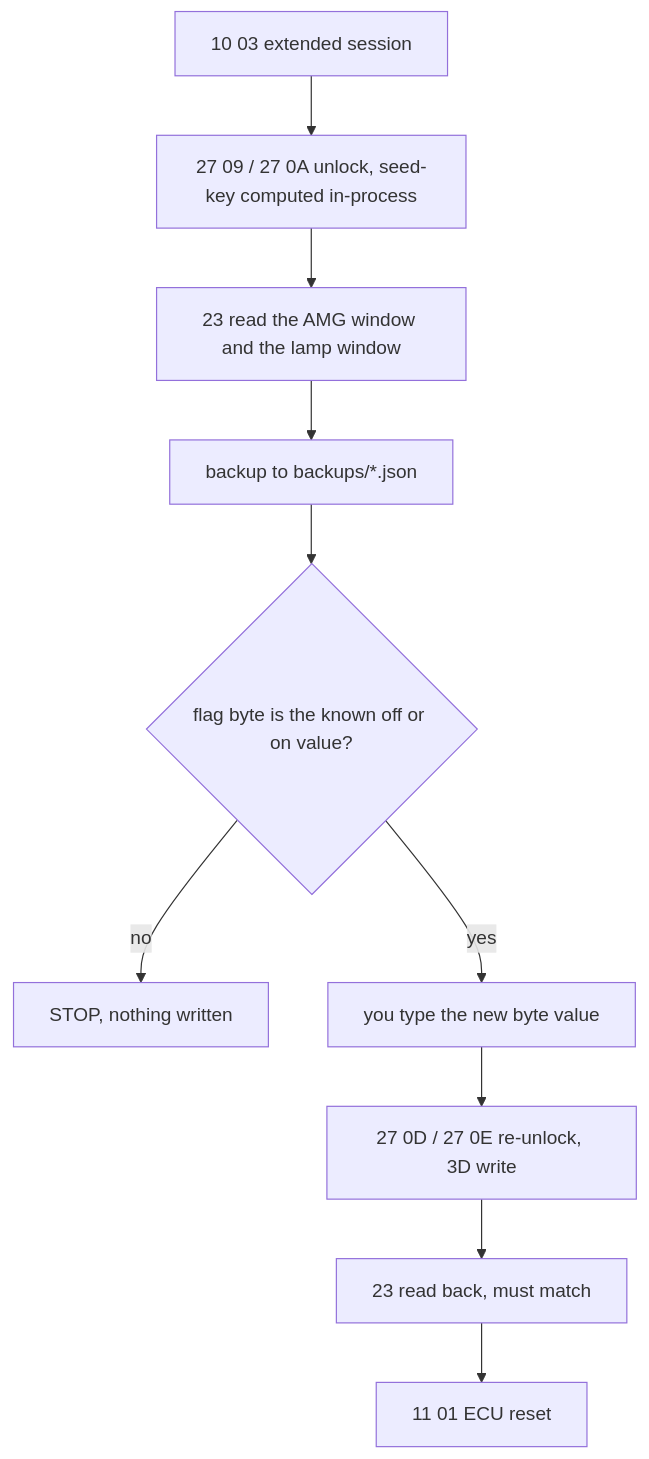
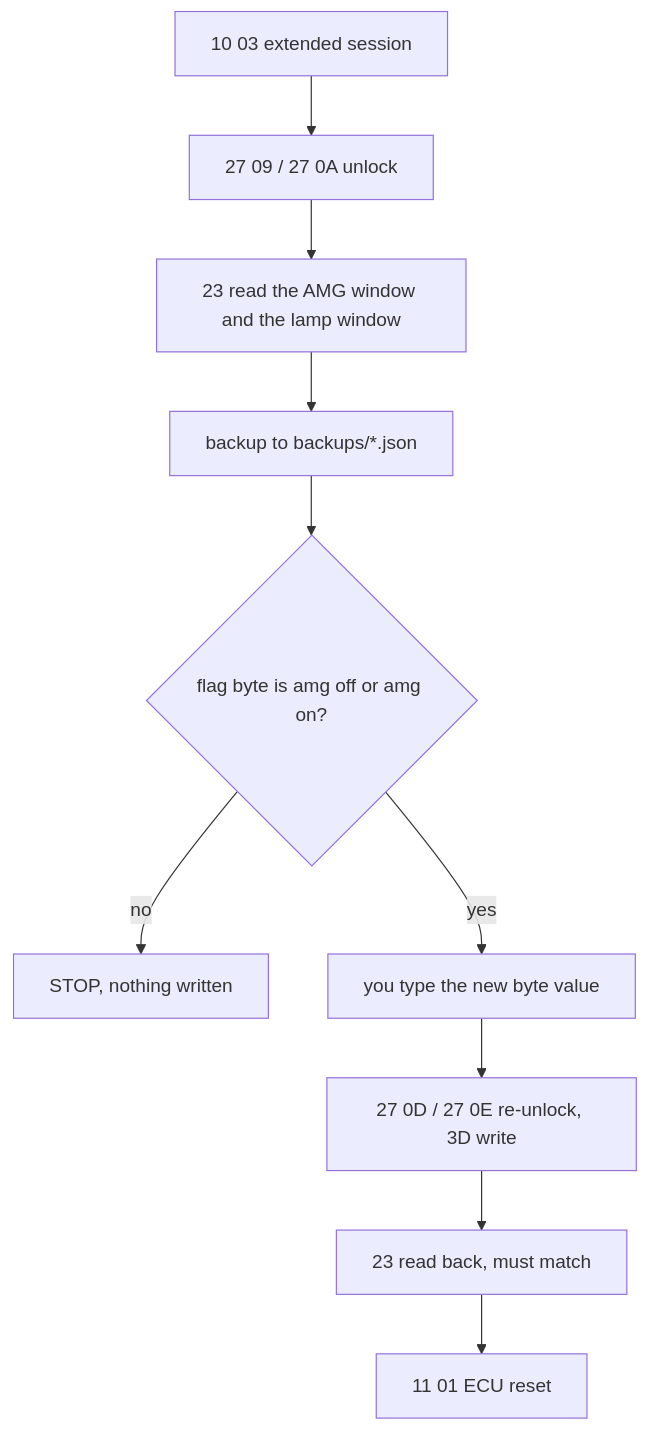
One commit to MrExplode/IC204-AMG changed the diagram in README.md. Above: the diagram before and after it, drawn with Mermaid. The commit also changed other lines of this file and 1 other file, not shown here.

````diff
--- a/README.md
+++ b/README.md
@@ -123,12 +150,12 @@
 ```mermaid
 flowchart TD
-    S["10 03 extended session"] --> U["27 09 / 27 0A unlock, seed-key computed in-process"]
+    S["10 03 extended session"] --> U["27 09 / 27 0A unlock"]
     U --> R["23 read the AMG window and the lamp window"]
     R --> B["backup to backups/*.json"]
-    B --> D{"flag byte is the known off or on value?"}
+    B --> D{"flag byte is amg off or amg on?"}
     D -- no --> X["STOP, nothing written"]
     D -- yes --> C["you type the new byte value"]
     C --> W["27 0D / 27 0E re-unlock, 3D write"]
     W --> V["23 read back, must match"]
     V --> E["11 01 ECU reset"]
 ```
````
